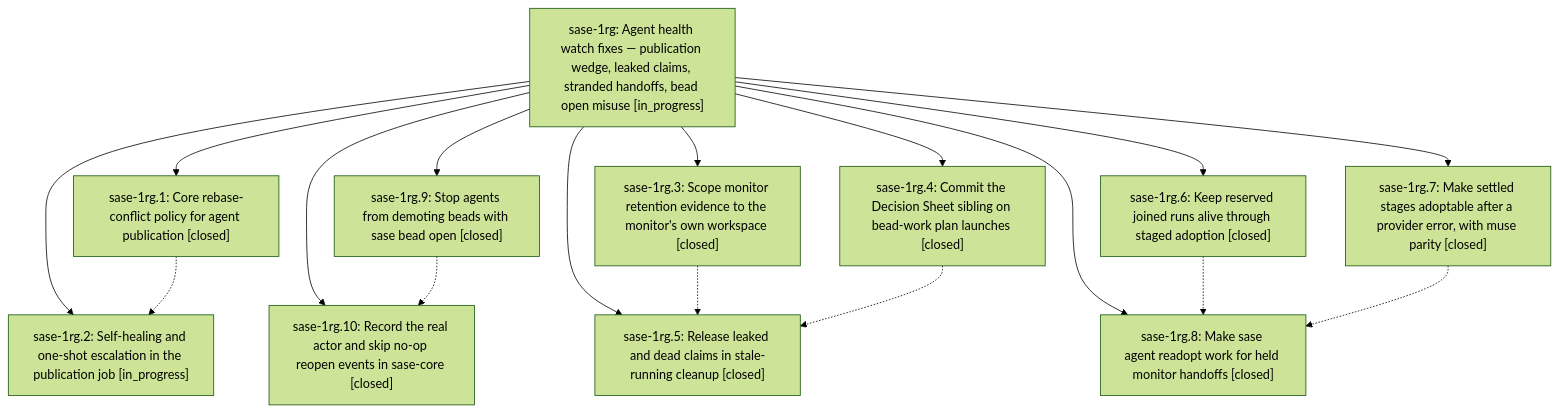
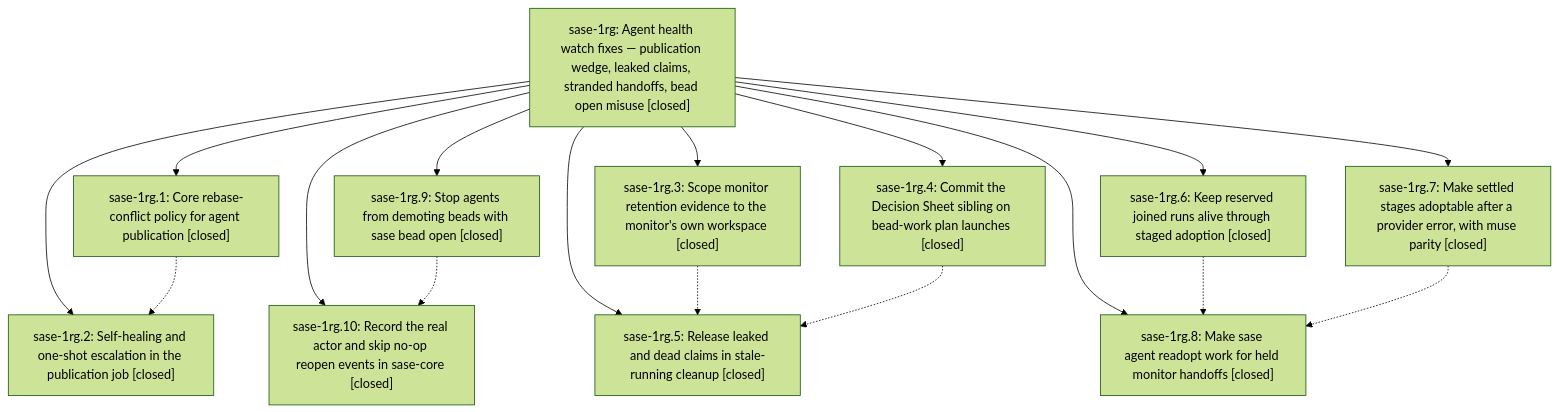
One commit to sase-org/sase--beads changed the diagram in pages/sase-1rg/README.md. Above: the diagram before and after it, drawn with Mermaid (forest theme). The commit also changed other lines of this file and 3 other files, not shown here.

First line of the commit message:
chore(beads): sync bead state and pages for sase-1rg

````diff
--- a/pages/sase-1rg/README.md
+++ b/pages/sase-1rg/README.md
@@ -45,30 +68,30 @@
 ```mermaid
 flowchart TD
-    n0["sase-1rg: Agent health watch fixes — publication wedge, leaked claims, stranded handoffs, bead open misuse [in_progress]"]
+    n0["sase-1rg: Agent health watch fixes — publication wedge, leaked claims, stranded handoffs, bead open misuse [closed]"]
     n1["sase-1rg.1: Core rebase-conflict policy for agent publication [closed]"]
     n2["sase-1rg.10: Record the real actor and skip no-op reopen events in sase-core [closed]"]
-    n3["sase-1rg.2: Self-healing and one-shot escalation in the publication job [in_progress]"]
+    n3["sase-1rg.2: Self-healing and one-shot escalation in the publication job [closed]"]
     n4["sase-1rg.3: Scope monitor retention evidence to the monitor's own workspace [closed]"]
     n5["sase-1rg.4: Commit the Decision Sheet sibling on bead-work plan launches [closed]"]
     n6["sase-1rg.5: Release leaked and dead claims in stale-running cleanup [closed]"]
     n7["sase-1rg.6: Keep reserved joined runs alive through staged adoption [closed]"]
     n8["sase-1rg.7: Make settled stages adoptable after a provider error, with muse parity [closed]"]
     n9["sase-1rg.8: Make sase agent readopt work for held monitor handoffs [closed]"]
     n10["sase-1rg.9: Stop agents from demoting beads with sase bead open [closed]"]
     n0 --> n1
     n0 --> n2
     n0 --> n3
     n0 --> n4
     n0 --> n5
     n0 --> n6
     n0 --> n7
     n0 --> n8
     n0 --> n9
     n0 --> n10
     n1 -.-> n3
     n4 -.-> n6
     n5 -.-> n6
     n7 -.-> n9
     n8 -.-> n9
     n10 -.-> n2
 ```
````
